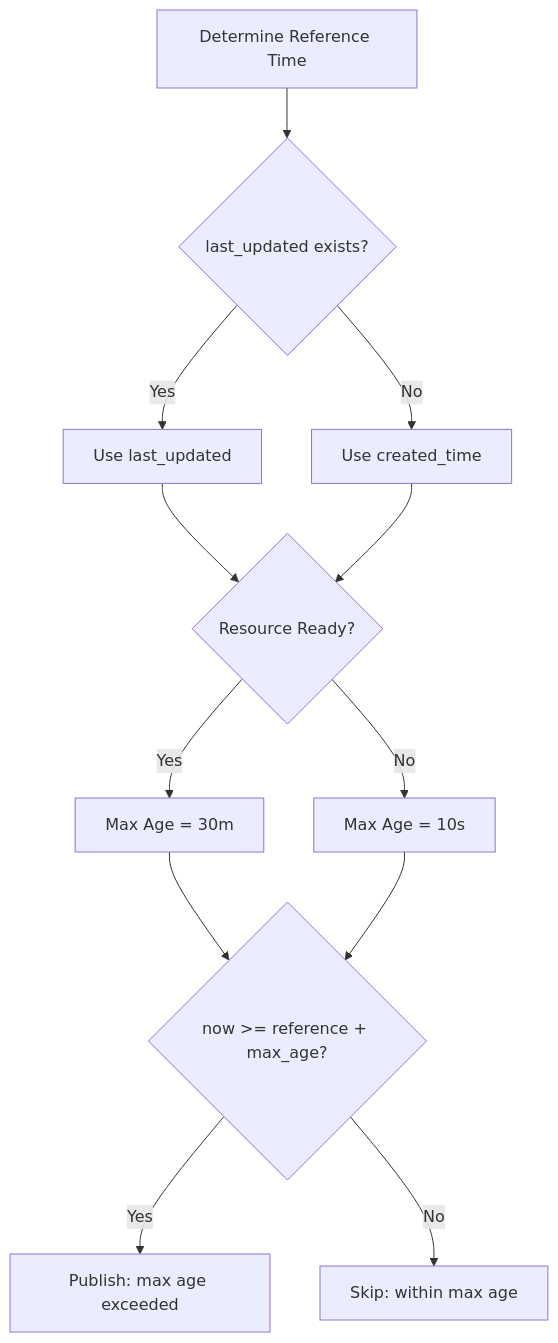
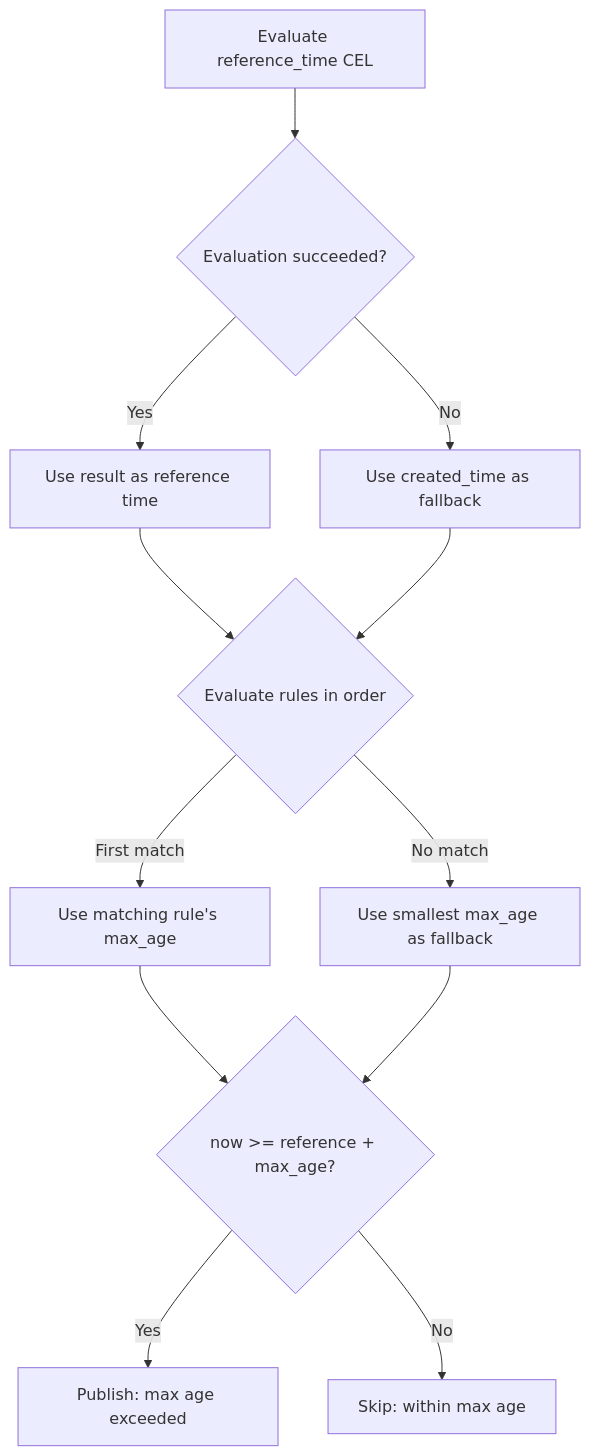
The third of 4 diagrams in docs/sentinel-operator-guide.md (openshift-hyperfleet/hyperfleet-sentinel), drawn with Mermaid before and after one commit. The commit also changed other lines of this file and 23 other files, not shown here.

First line of the commit message:
HYPERFLEET-537 - feat: refactor condition_rules to use CEL expressions

````diff
--- a/docs/sentinel-operator-guide.md
+++ b/docs/sentinel-operator-guide.md
@@ -172,14 +173,14 @@
 ```mermaid
 graph TD
-    A[Determine Reference Time] --> B{last_updated exists?}
-    B -->|Yes| C[Use last_updated]
-    B -->|No| D[Use created_time]
-    C --> E{Resource Ready?}
+    A[Evaluate reference_time CEL] --> B{Evaluation succeeded?}
+    B -->|Yes| C[Use result as reference time]
+    B -->|No| D[Use created_time as fallback]
+    C --> E{Evaluate rules in order}
     D --> E
-    E -->|Yes| F[Max Age = 30m]
-    E -->|No| G[Max Age = 10s]
+    E -->|First match| F[Use matching rule's max_age]
+    E -->|No match| G[Use smallest max_age as fallback]
     F --> H{now >= reference + max_age?}
     G --> H
     H -->|Yes| I[Publish: max age exceeded]
     H -->|No| J[Skip: within max age]
 ```
````
